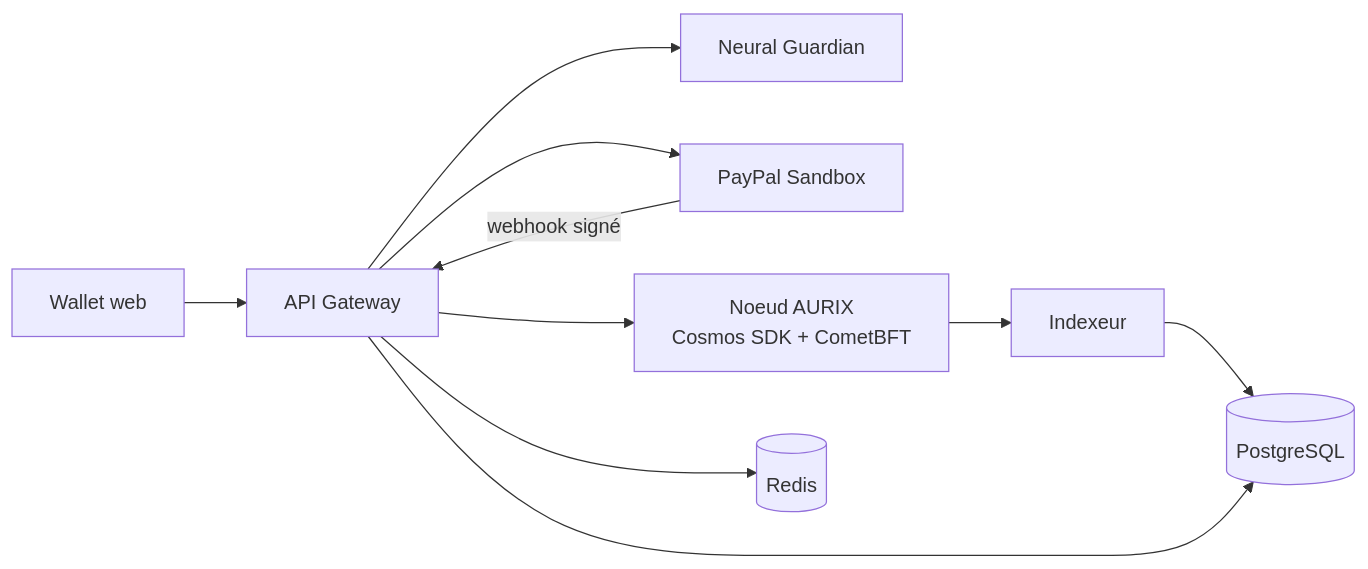
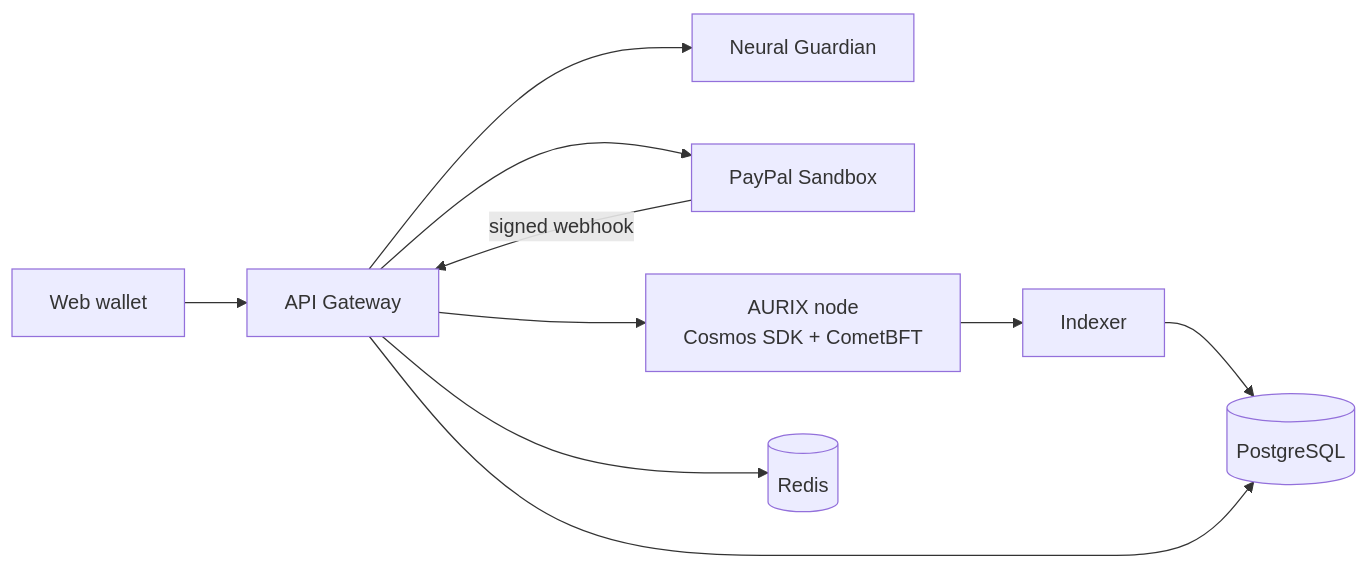
Before and after one commit to joeylukoji/Aurix: the diagram in README.md, drawn with Mermaid. The commit also changed other lines of this file and 6 other files, not shown here.

````diff
--- a/README.md
+++ b/README.md
@@ -46,11 +46,11 @@
 ```mermaid
 flowchart LR
-    U[Wallet web] --> GW[API Gateway]
+    U[Web wallet] --> GW[API Gateway]
     GW --> AI[Neural Guardian]
     GW --> PP[PayPal Sandbox]
-    PP -- webhook signé --> GW
-    GW --> CHAIN[Noeud AURIX<br/>Cosmos SDK + CometBFT]
-    CHAIN --> IDX[Indexeur] --> PG[(PostgreSQL)]
+    PP -- signed webhook --> GW
+    GW --> CHAIN[AURIX node<br/>Cosmos SDK + CometBFT]
+    CHAIN --> IDX[Indexer] --> PG[(PostgreSQL)]
     GW --> PG
     GW --> RD[(Redis)]
 ```
````
